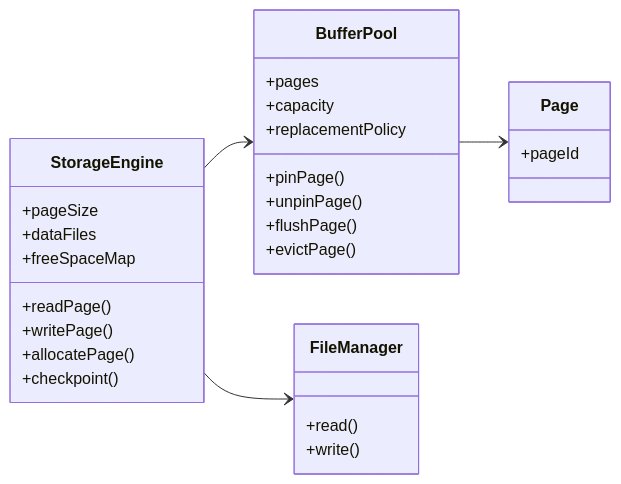
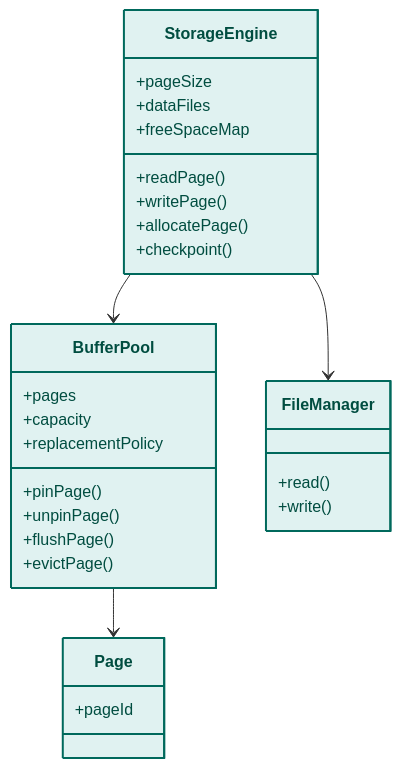
The seventh of 19 diagrams in docs/README.md (Huy1801214/dbms-architecture), drawn with Mermaid before and after one commit. The commit also changed other lines of this file, not shown here.

Commit message:
add system architecture and class diagrams for DBMS design

````diff
--- a/docs/README.md
+++ b/docs/README.md
@@ -646,40 +970,48 @@
 ```mermaid
 classDiagram
-direction LR
+direction TB
 
 class StorageEngine{
     +pageSize
     +dataFiles
     +freeSpaceMap
 
     +readPage()
     +writePage()
     +allocatePage()
     +checkpoint()
 }
 
 class BufferPool{
     +pages
     +capacity
     +replacementPolicy
 
     +pinPage()
     +unpinPage()
     +flushPage()
     +evictPage()
 }
 
 class Page{
     +pageId
 }
 
 class FileManager{
     +read()
     +write()
 }
 
 StorageEngine --> BufferPool
 StorageEngine --> FileManager
 
 BufferPool --> Page
+
+%% =====================================================
+%% STYLING DEFINITIONS
+%% =====================================================
+style StorageEngine fill:#e0f2f1,stroke:#00695c,stroke-width:2px,color:#004d40
+style BufferPool fill:#e0f2f1,stroke:#00695c,stroke-width:2px,color:#004d40
+style Page fill:#e0f2f1,stroke:#00695c,stroke-width:2px,color:#004d40
+style FileManager fill:#e0f2f1,stroke:#00695c,stroke-width:2px,color:#004d40
 ```
````
